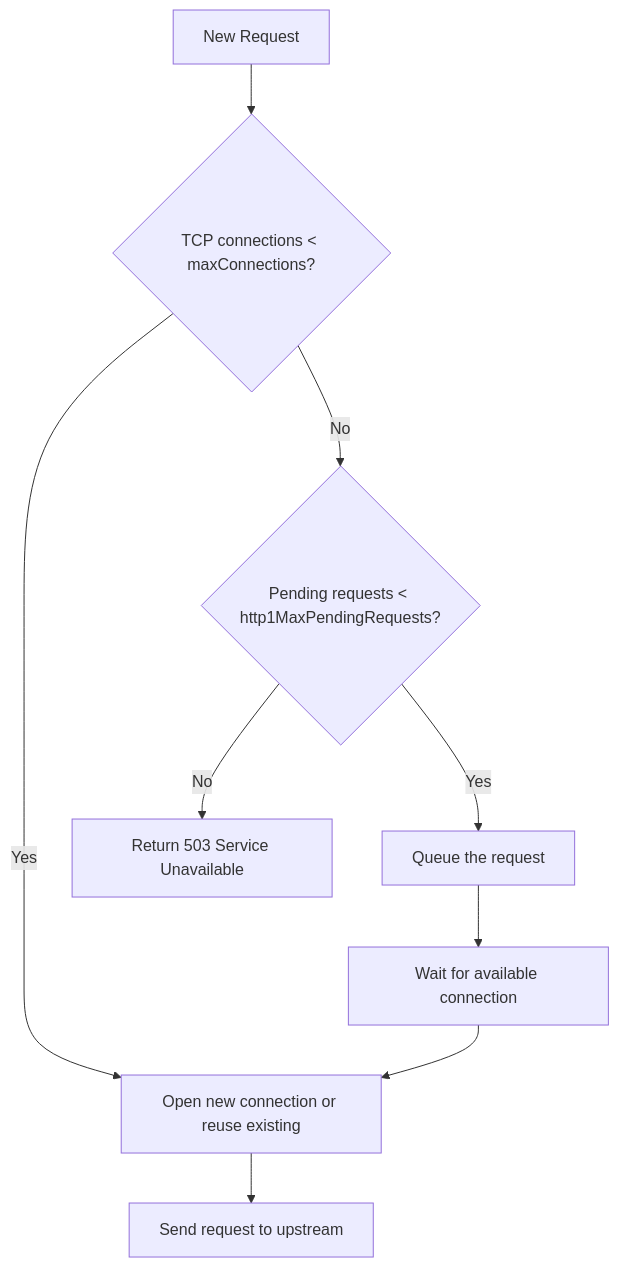
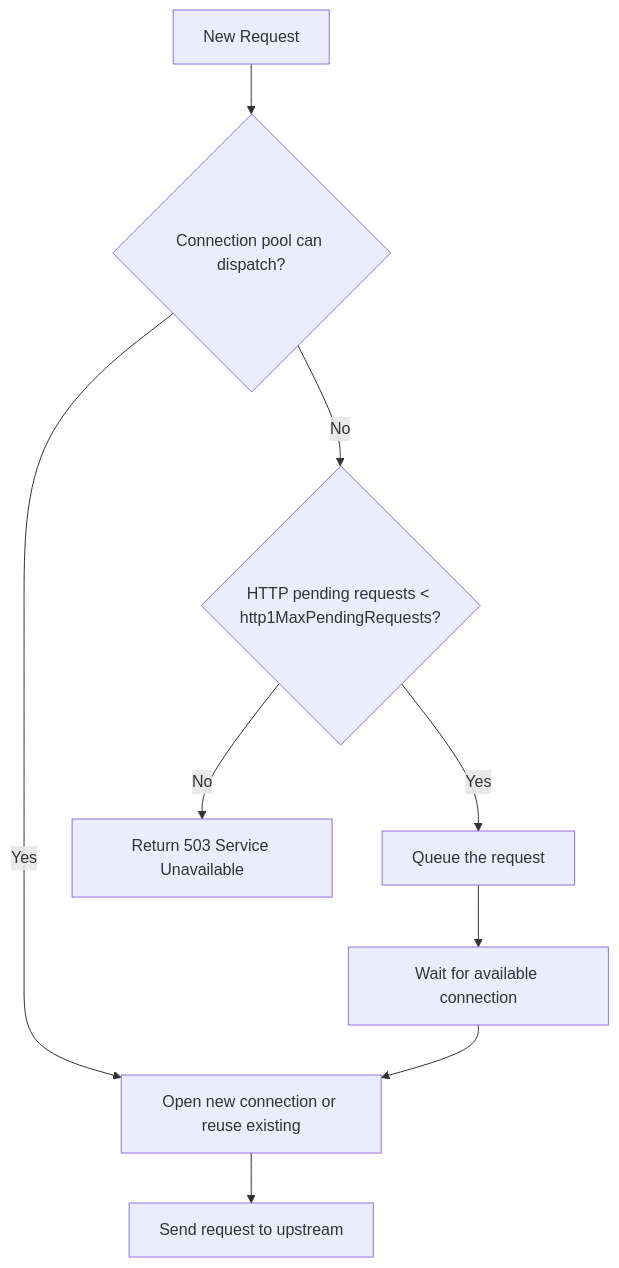
Before and after one commit to OneUptime/blog: the diagram in posts/2026-02-24-how-to-configure-connection-pool-settings-in-destinationrule/README.md, drawn with Mermaid. The commit also changed other lines of this file and 2 other files, not shown here.

Commit message:
validate: 2026-02-24-how-to-configure-connection-pool-settings-in-destinationrule

````diff
--- a/posts/2026-02-24-how-to-configure-connection-pool-settings-in-destinationrule/README.md
+++ b/posts/2026-02-24-how-to-configure-connection-pool-settings-in-destinationrule/README.md
@@ -118,11 +118,11 @@
 ```mermaid
 graph TD
-    A[New Request] --> B{TCP connections < maxConnections?}
+    A[New Request] --> B{Connection pool can dispatch?}
     B -->|Yes| C[Open new connection or reuse existing]
-    B -->|No| D{Pending requests < http1MaxPendingRequests?}
+    B -->|No| D{HTTP pending requests < http1MaxPendingRequests?}
     D -->|Yes| E[Queue the request]
     D -->|No| F[Return 503 Service Unavailable]
     C --> G[Send request to upstream]
     E --> H[Wait for available connection]
     H --> C
 ```
````
